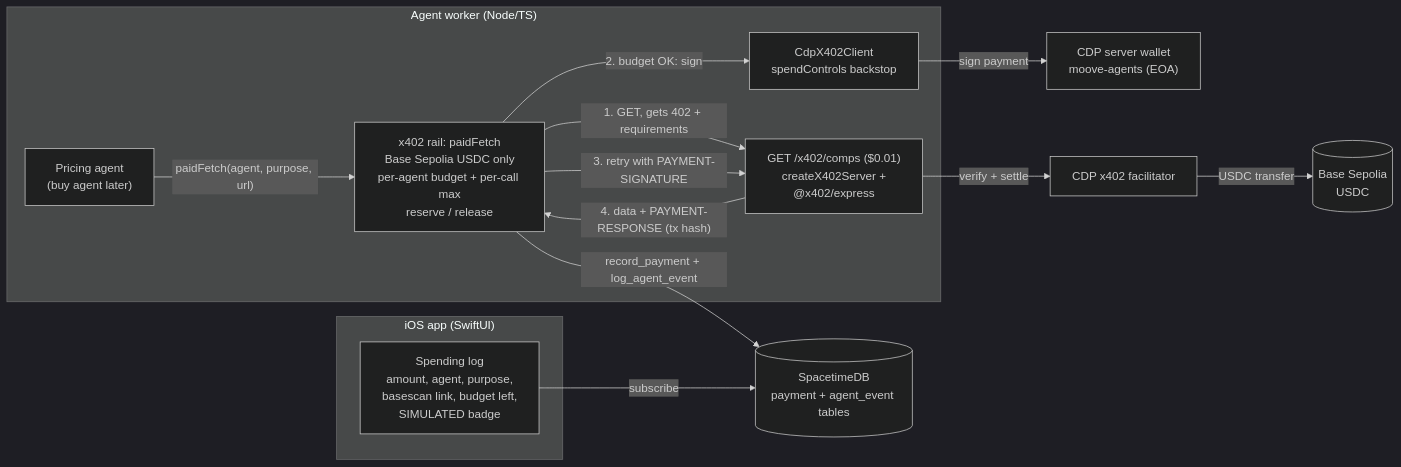
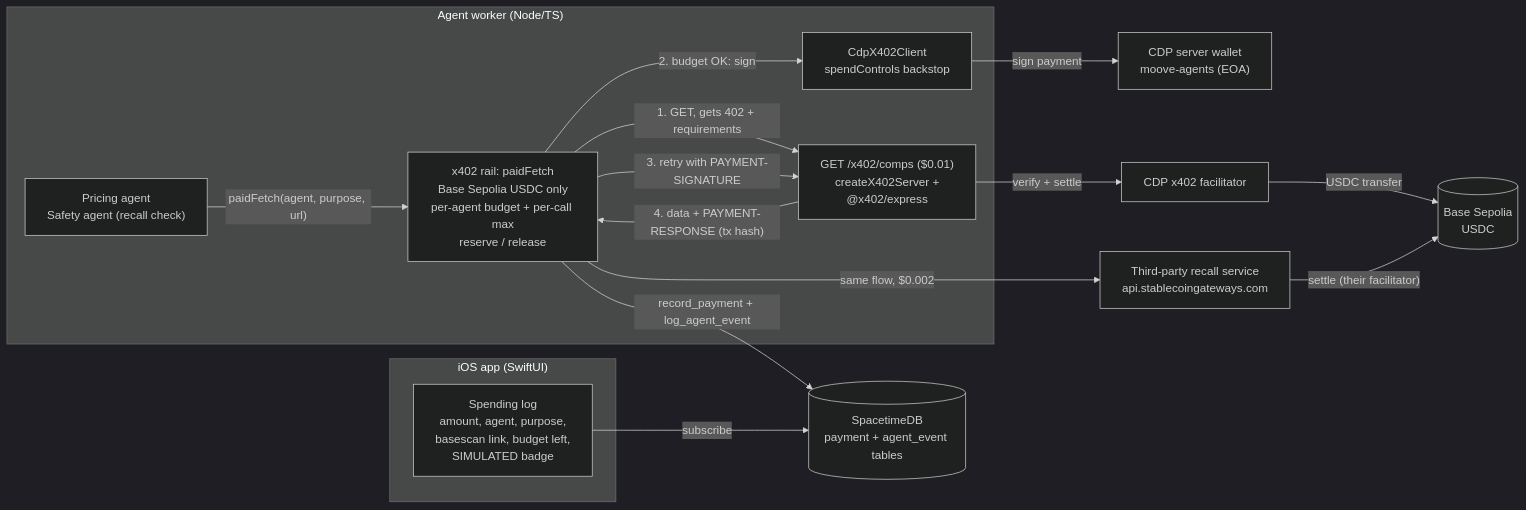
Before and after one commit to christianazinn/moove: the diagram in docs/coinbase-x402.md, drawn with Mermaid (dark theme). The commit also changed other lines of this file and 11 other files, not shown here.

First line of the commit message:
x402: pay a third-party CPSC recall service before listing

````diff
--- a/docs/coinbase-x402.md
+++ b/docs/coinbase-x402.md
@@ -41,30 +43,32 @@
 ```mermaid
 flowchart LR
   subgraph Phone["iOS app (SwiftUI)"]
     UI["Spending log<br/>amount, agent, purpose,<br/>basescan link, budget left,<br/>SIMULATED badge"]
   end
 
   STDB[("SpacetimeDB<br/>payment + agent_event tables")]
 
   subgraph Worker["Agent worker (Node/TS)"]
-    Agents["Pricing agent<br/>(buy agent later)"]
+    Agents["Pricing agent<br/>Safety agent (recall check)"]
     Rail["x402 rail: paidFetch<br/>Base Sepolia USDC only<br/>per-agent budget + per-call max<br/>reserve / release"]
     Signer["CdpX402Client<br/>spendControls backstop"]
     Paywall["GET /x402/comps ($0.01)<br/>createX402Server +<br/>@x402/express"]
   end
 
   Wallet["CDP server wallet<br/>moove-agents (EOA)"]
   Facilitator["CDP x402 facilitator"]
   Chain[("Base Sepolia<br/>USDC")]
 
   UI -- "subscribe" --> STDB
   Agents -- "paidFetch(agent, purpose, url)" --> Rail
   Rail -- "1. GET, gets 402 + requirements" --> Paywall
   Rail -- "2. budget OK: sign" --> Signer
   Signer -- "sign payment" --> Wallet
   Rail -- "3. retry with PAYMENT-SIGNATURE" --> Paywall
   Paywall -- "verify + settle" --> Facilitator
   Facilitator -- "USDC transfer" --> Chain
   Paywall -- "4. data + PAYMENT-RESPONSE (tx hash)" --> Rail
+  Rail -- "same flow, $0.002" --> Recalls["Third-party recall service<br/>api.stablecoingateways.com"]
+  Recalls -- "settle (their facilitator)" --> Chain
   Rail -- "record_payment + log_agent_event" --> STDB
 ```
````
